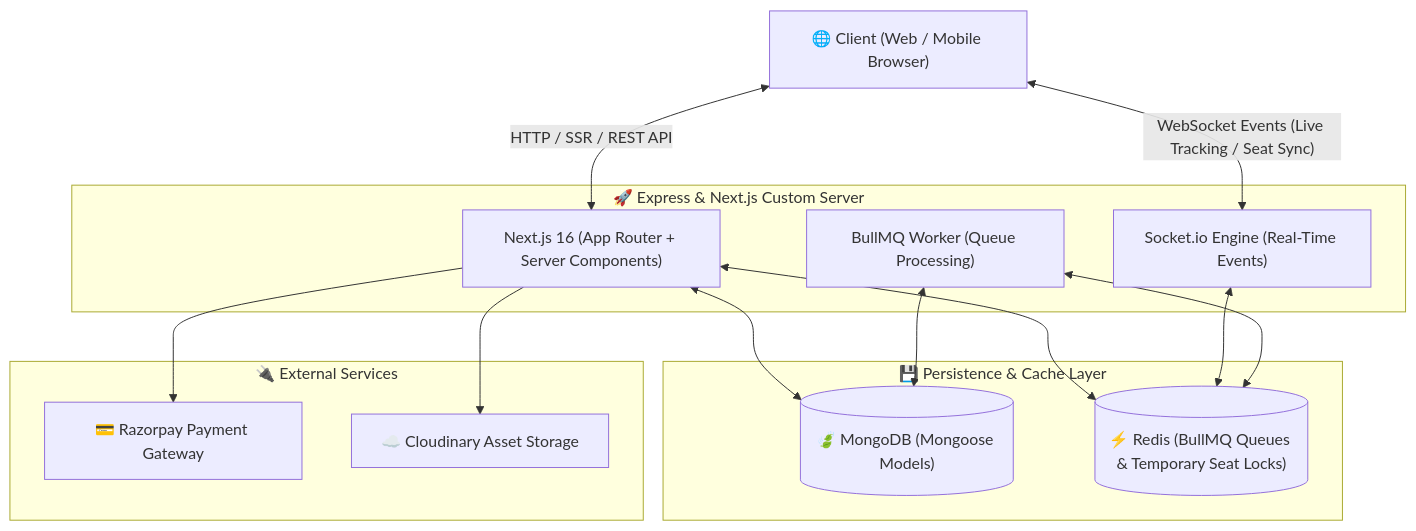
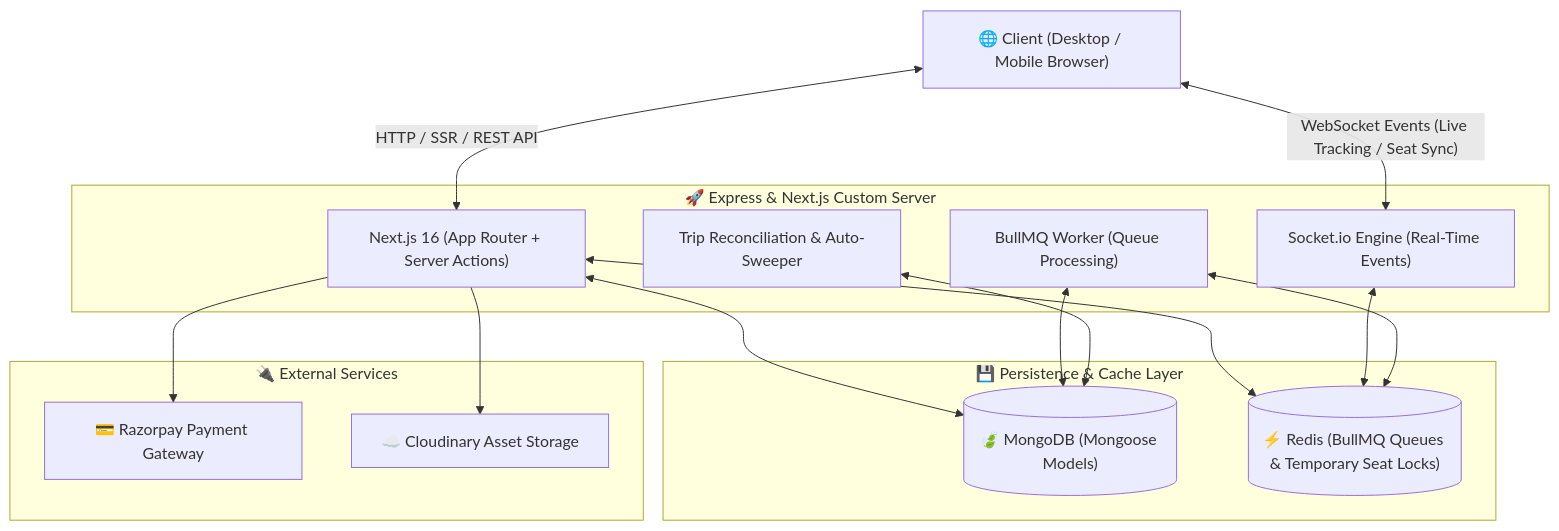
Before and after one commit to Ravi024tiwari/Bus-Booking-System: the first of 3 diagrams in README.md, drawn with Mermaid. The commit also changed other lines of this file and 8 other files, not shown here.

````diff
--- a/README.md
+++ b/README.md
@@ -35,30 +37,32 @@
 ```mermaid
 flowchart TD
-    Client["🌐 Client (Web / Mobile Browser)"]
+    Client["🌐 Client (Desktop / Mobile Browser)"]
     
     subgraph AppServer["🚀 Express & Next.js Custom Server"]
-        NextCore["Next.js 16 (App Router + Server Components)"]
+        NextCore["Next.js 16 (App Router + Server Actions)"]
         SocketServer["Socket.io Engine (Real-Time Events)"]
         BullWorker["BullMQ Worker (Queue Processing)"]
+        Reconciler["Trip Reconciliation & Auto-Sweeper"]
     end
     
     subgraph DataStore["💾 Persistence & Cache Layer"]
         Mongo[("🍃 MongoDB (Mongoose Models)")]
         Redis[("⚡ Redis (BullMQ Queues & Temporary Seat Locks)")]
     end
 
     subgraph Integrations["🔌 External Services"]
         Razorpay["💳 Razorpay Payment Gateway"]
         Cloudinary["☁️ Cloudinary Asset Storage"]
     end
 
     Client <-->|"HTTP / SSR / REST API"| NextCore
     Client <-->|"WebSocket Events (Live Tracking / Seat Sync)"| SocketServer
     NextCore <--> Mongo
     NextCore <--> Redis
     SocketServer <--> Redis
     BullWorker <--> Redis
     BullWorker <--> Mongo
+    Reconciler <--> Mongo
     NextCore --> Razorpay
     NextCore --> Cloudinary
 ```
````
